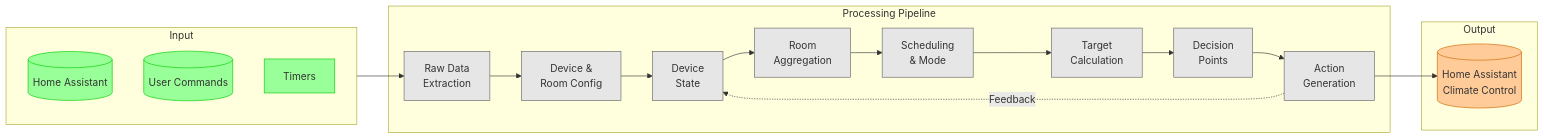
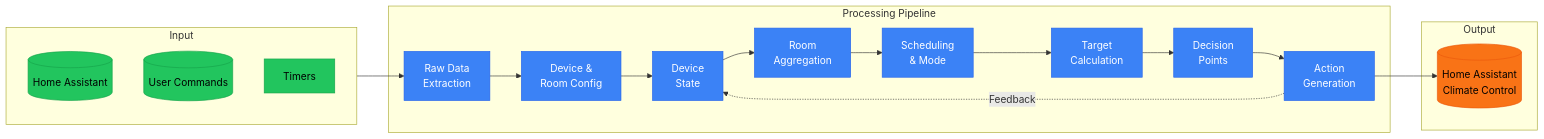
The diagram in packages/deep-heating-rx/DATA-FLOW.md (GraemeF/home-automation), drawn with Mermaid before and after one commit. The commit also changed 4 other files, not shown here.

First line of the commit message:
fix: use high contrast colours for mermaid diagrams

````diff
--- a/packages/deep-heating-rx/DATA-FLOW.md
+++ b/packages/deep-heating-rx/DATA-FLOW.md
@@ -16,42 +16,42 @@
 ```mermaid
 flowchart LR
     subgraph Input["Input"]
         HA[("Home Assistant")]
         User[("User Commands")]
         Timers["Timers"]
     end
 
     subgraph Processing["Processing Pipeline"]
         L1["Raw Data<br/>Extraction"]
         L2["Device &<br/>Room Config"]
         L3["Device<br/>State"]
         L4["Room<br/>Aggregation"]
         L5["Scheduling<br/>& Mode"]
         L6["Target<br/>Calculation"]
         L7["Decision<br/>Points"]
         L8["Action<br/>Generation"]
     end
 
     subgraph Output["Output"]
         HAOut[("Home Assistant<br/>Climate Control")]
     end
 
     Input --> L1
     L1 --> L2
     L2 --> L3
     L3 --> L4
     L4 --> L5
     L5 --> L6
     L6 --> L7
     L7 --> L8
     L8 --> HAOut
     L8 -.->|"Feedback"| L3
 
-    classDef input fill:#99ff99,stroke:#00cc00
-    classDef output fill:#ffcc99,stroke:#cc6600
-    classDef process fill:#e6e6e6,stroke:#666666
+    classDef input fill:#22c55e,stroke:#16a34a,color:#000
+    classDef output fill:#f97316,stroke:#ea580c,color:#000
+    classDef process fill:#3b82f6,stroke:#2563eb,color:#fff
 
     class HA,User,Timers input
     class HAOut output
     class L1,L2,L3,L4,L5,L6,L7,L8 process
 ```
````
